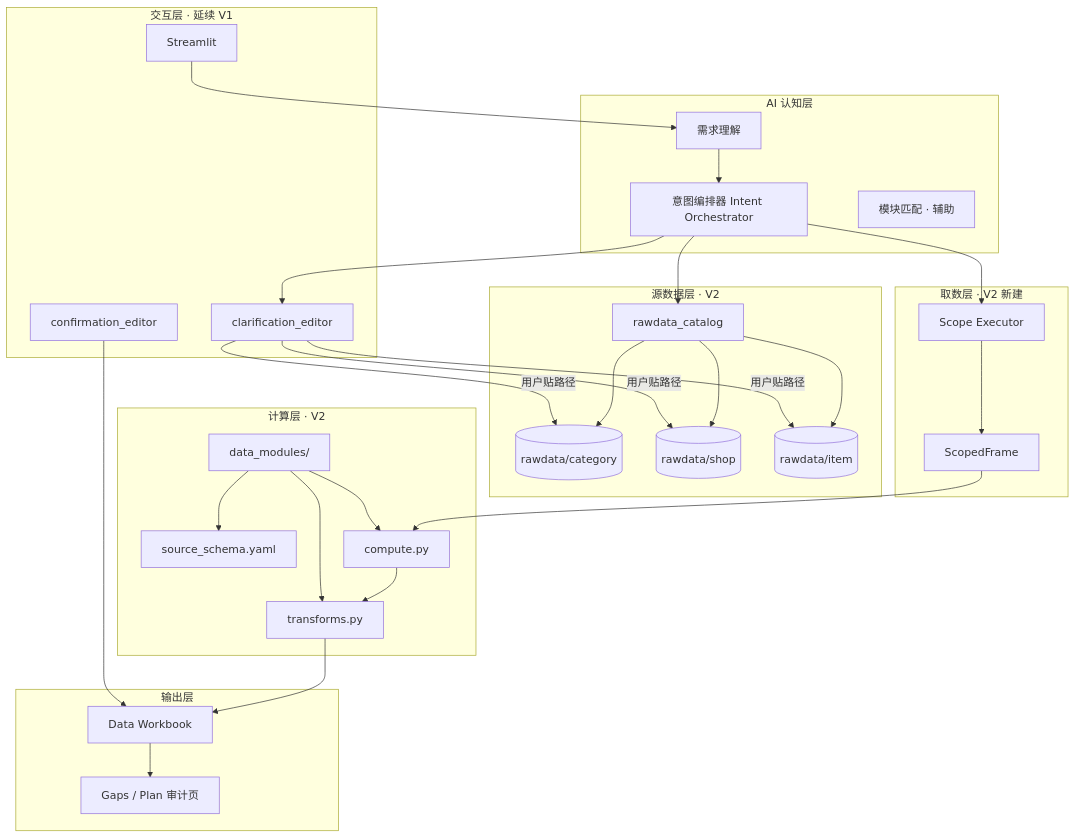
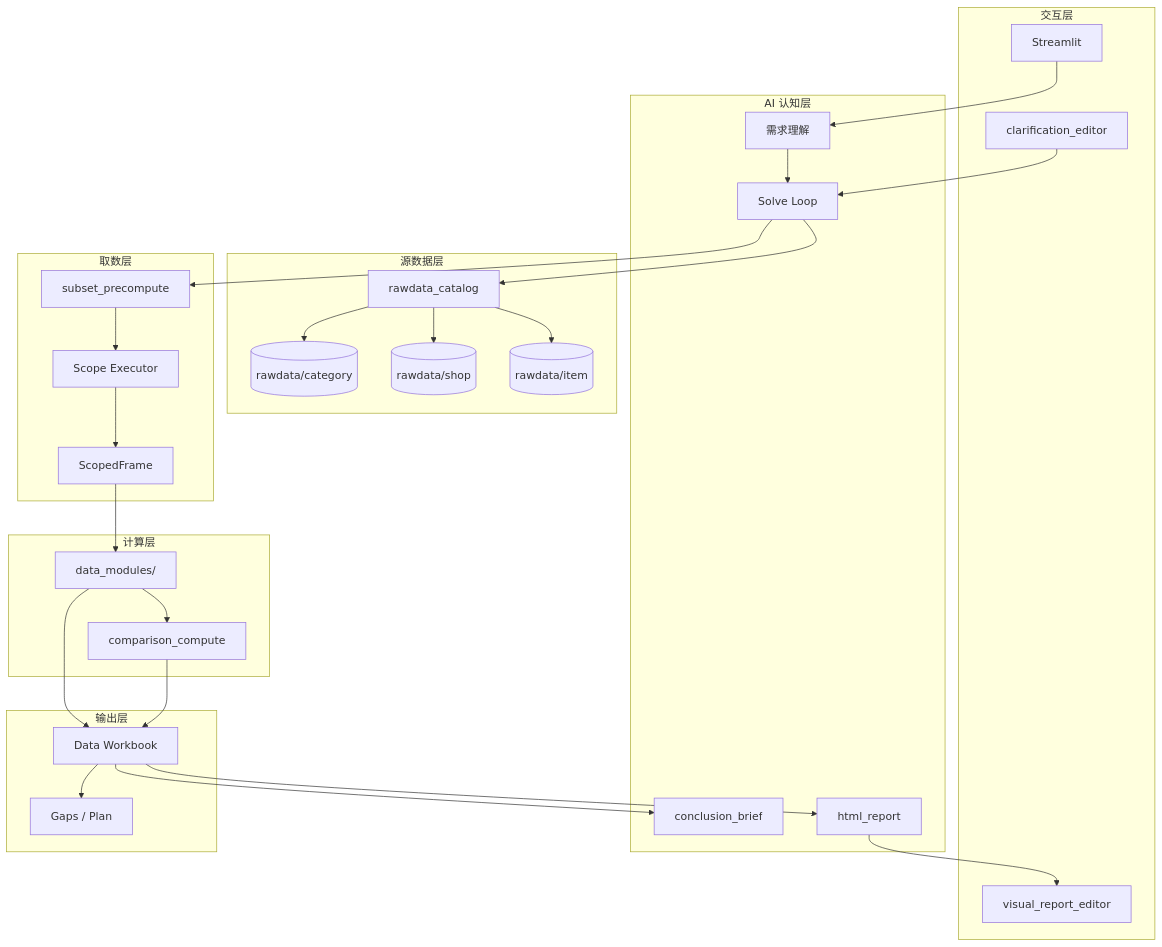
One commit to coco20020806/CateMate-Version-1.0- changed the third of 4 diagrams in docs/CATEMATE_V2_DESIGN_OVERVIEW.md. Above: the diagram before and after it, drawn with Mermaid. The commit also changed other lines of this file and 88 other files, not shown here.

First line of the commit message:
release(v1.2.0): Sub-L3 precompute, comparison scopes, and workbook consumption layer.

````diff
--- a/docs/CATEMATE_V2_DESIGN_OVERVIEW.md
+++ b/docs/CATEMATE_V2_DESIGN_OVERVIEW.md
@@ -98,48 +141,48 @@
 ```mermaid
 flowchart TB
-  subgraph ui [交互层 · 延续 V1]
+  subgraph ui [交互层]
     ST[Streamlit]
     CE[clarification_editor]
-    CF[confirmation_editor]
+    VE[visual_report_editor]
   end
 
   subgraph cognition [AI 认知层]
     UG[需求理解]
-    ORCH[意图编排器 Intent Orchestrator]
-    SEL[模块匹配 · 辅助]
+    ORCH[Solve Loop]
+    BRIEF[conclusion_brief]
+    VR[html_report]
   end
 
-  subgraph raw [源数据层 · V2]
+  subgraph raw [源数据层]
     CAT[(rawdata/category)]
     SHOP[(rawdata/shop)]
     ITEM[(rawdata/item)]
     CATALOG[rawdata_catalog]
   end
 
-  subgraph scope [取数层 · V2 新建]
+  subgraph scope [取数层]
+    PRE[subset_precompute]
     SC[Scope Executor]
     SF[ScopedFrame]
   end
 
-  subgraph modules [计算层 · V2]
+  subgraph modules [计算层]
     DM[data_modules/]
-    SS[source_schema.yaml]
-    CP[compute.py]
-    TF[transforms.py]
+    CMP[comparison_compute]
   end
 
   subgraph out [输出层]
     DWB[Data Workbook]
-    GAPS[Gaps / Plan 审计页]
+    GAPS[Gaps / Plan]
   end
 
   ST --> UG --> ORCH
   ORCH --> CATALOG
   CATALOG --> CAT & SHOP & ITEM
-  ORCH --> CE
-  CE -->|用户贴路径| CAT & SHOP & ITEM
-  ORCH --> SC --> SF --> CP --> TF --> DWB
-  DM --> SS & CP & TF
+  ORCH --> PRE --> SC --> SF --> DM --> DWB
+  DM --> CMP --> DWB
   DWB --> GAPS
-  CF --> DWB
+  DWB --> BRIEF
+  DWB --> VR --> VE
+  CE --> ORCH
 ```
````
